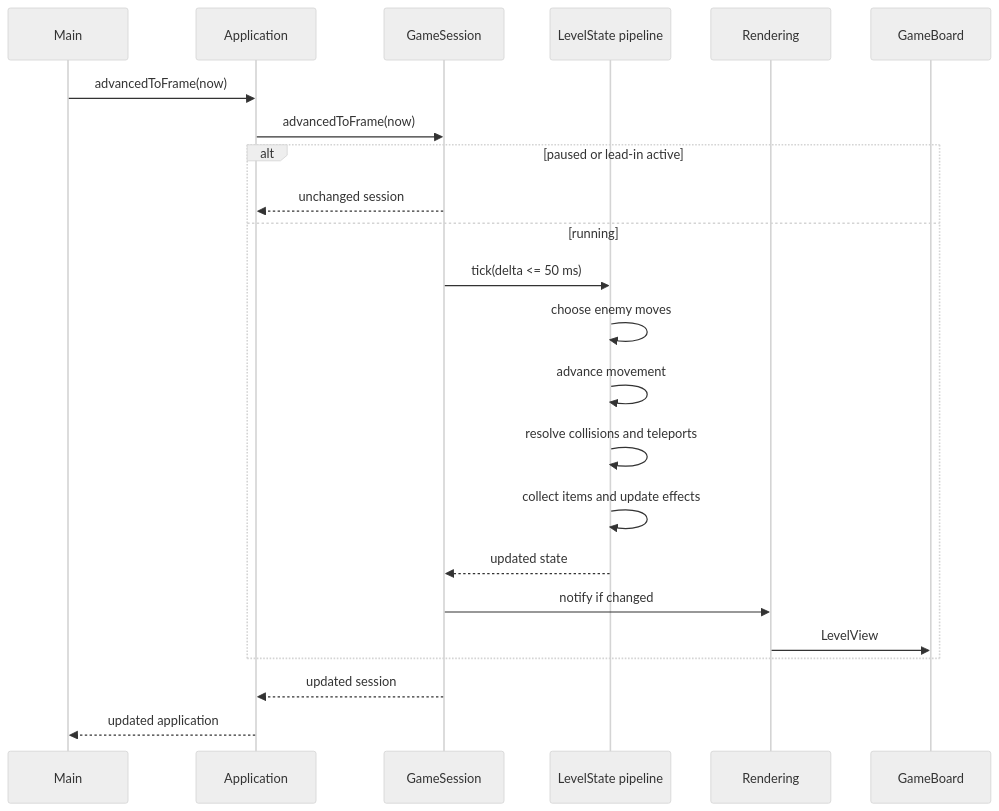
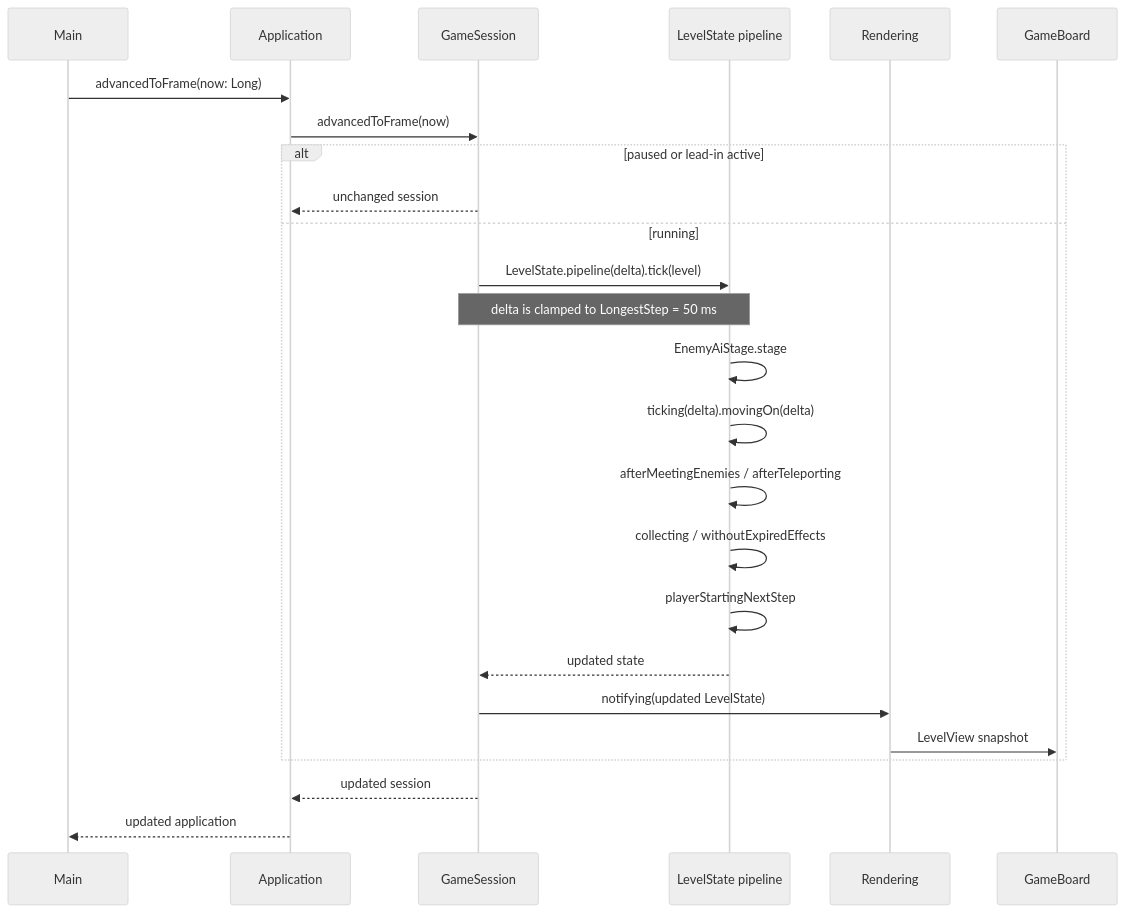
One commit to PPS-25/PPS-25-scala-man changed the diagram in docs/uml/tick-pipeline.mmd. Above: the diagram before and after it, drawn with Mermaid (neutral theme).

Commit message:
docs: enrich technical tick diagram

```diff
--- a/docs/uml/tick-pipeline.mmd
+++ b/docs/uml/tick-pipeline.mmd
@@ -1,24 +1,26 @@
 sequenceDiagram
   participant Main
   participant Application
   participant Session as GameSession
   participant Level as LevelState pipeline
   participant Rendering
   participant Board as GameBoard
 
-  Main->>Application: advancedToFrame(now)
+  Main->>Application: advancedToFrame(now: Long)
   Application->>Session: advancedToFrame(now)
   alt paused or lead-in active
     Session-->>Application: unchanged session
   else running
-    Session->>Level: tick(delta <= 50 ms)
-    Level->>Level: choose enemy moves
-    Level->>Level: advance movement
-    Level->>Level: resolve collisions and teleports
-    Level->>Level: collect items and update effects
+    Session->>Level: LevelState.pipeline(delta).tick(level)
+    Note over Session,Level: delta is clamped to LongestStep = 50 ms
+    Level->>Level: EnemyAiStage.stage
+    Level->>Level: ticking(delta).movingOn(delta)
+    Level->>Level: afterMeetingEnemies / afterTeleporting
+    Level->>Level: collecting / withoutExpiredEffects
+    Level->>Level: playerStartingNextStep
     Level-->>Session: updated state
-    Session->>Rendering: notify if changed
-    Rendering->>Board: LevelView
+    Session->>Rendering: notifying(updated LevelState)
+    Rendering->>Board: LevelView snapshot
   end
   Session-->>Application: updated session
   Application-->>Main: updated application
```
